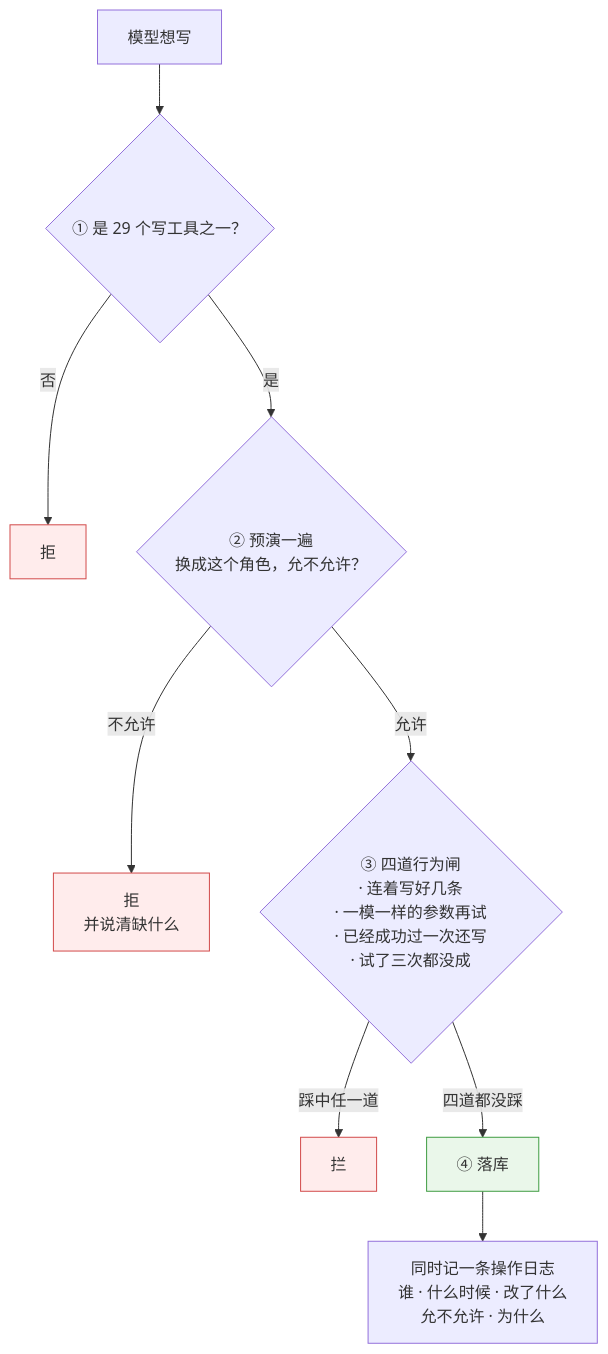
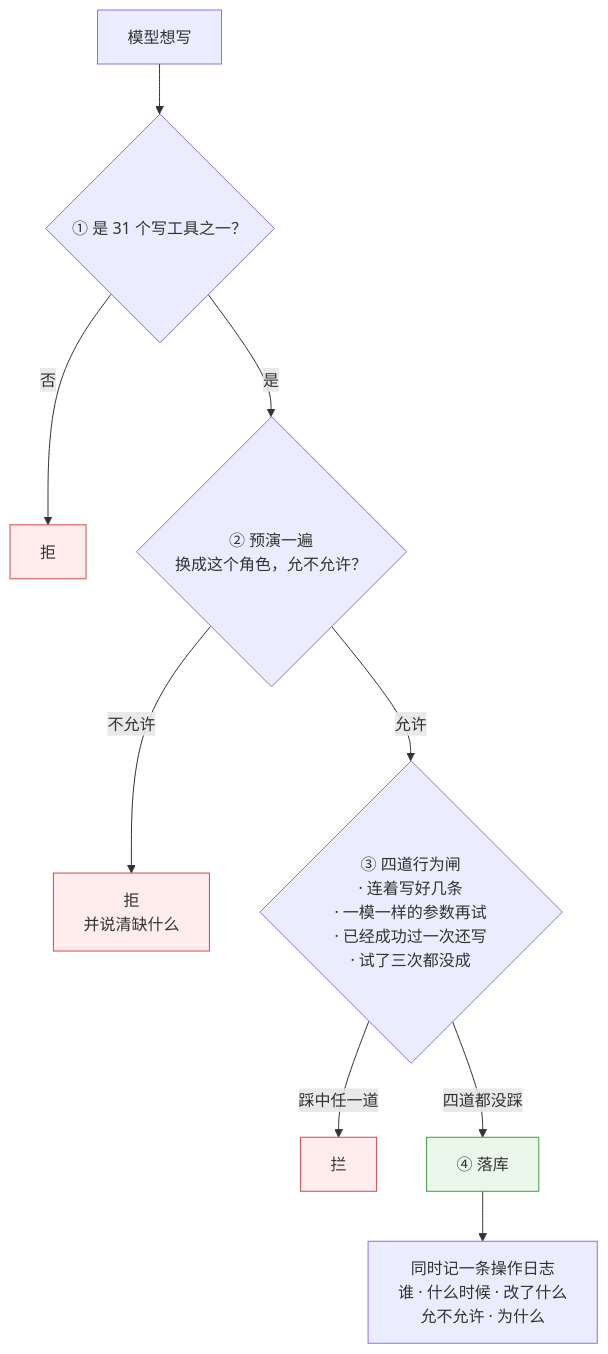
Before and after one commit to 843773296-rgb/lanxiu-yunshang-agent: the second of 3 diagrams in 澜绣云裳agent-产品说明.md, drawn with Mermaid. The commit also changed other lines of this file and 11 other files, not shown here.

````diff
--- a/澜绣云裳agent-产品说明.md
+++ b/澜绣云裳agent-产品说明.md
@@ -312,16 +315,16 @@
 ```mermaid
 flowchart TD
-    A["模型想写"] --> B{"① 是 29 个写工具之一？"}
+    A["模型想写"] --> B{"① 是 31 个写工具之一？"}
     B -- 否 --> X1["拒"]
     B -- 是 --> C{"② 预演一遍<br/>换成这个角色，允不允许？"}
     C -- 不允许 --> X2["拒<br/>并说清缺什么"]
     C -- 允许 --> D{"③ 四道行为闸<br/>· 连着写好几条<br/>· 一模一样的参数再试<br/>· 已经成功过一次还写<br/>· 试了三次都没成"}
     D -- "踩中任一道" --> X3["拦"]
     D -- "四道都没踩" --> E["④ 落库"]
     E --> F["同时记一条操作日志<br/>谁 · 什么时候 · 改了什么<br/>允不允许 · 为什么"]
 
     style X1 fill:#ffecec,stroke:#d24a4a
     style X2 fill:#ffecec,stroke:#d24a4a
     style X3 fill:#ffecec,stroke:#d24a4a
     style E fill:#eaf7ea,stroke:#3f9c42
 ```
````
